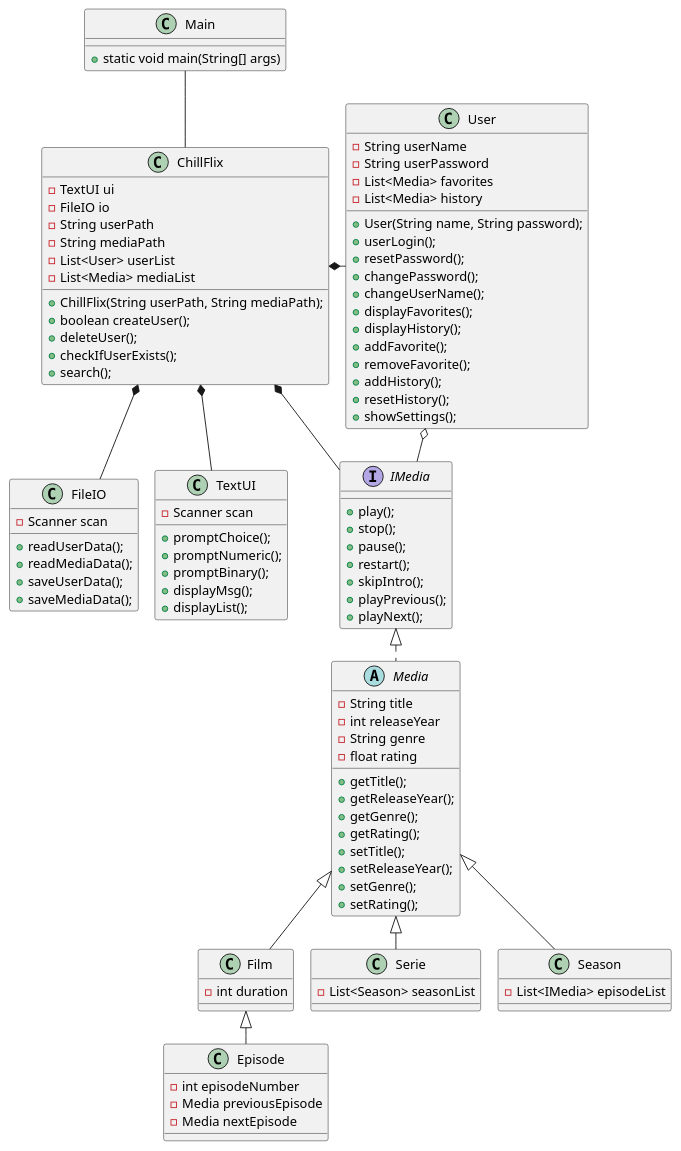
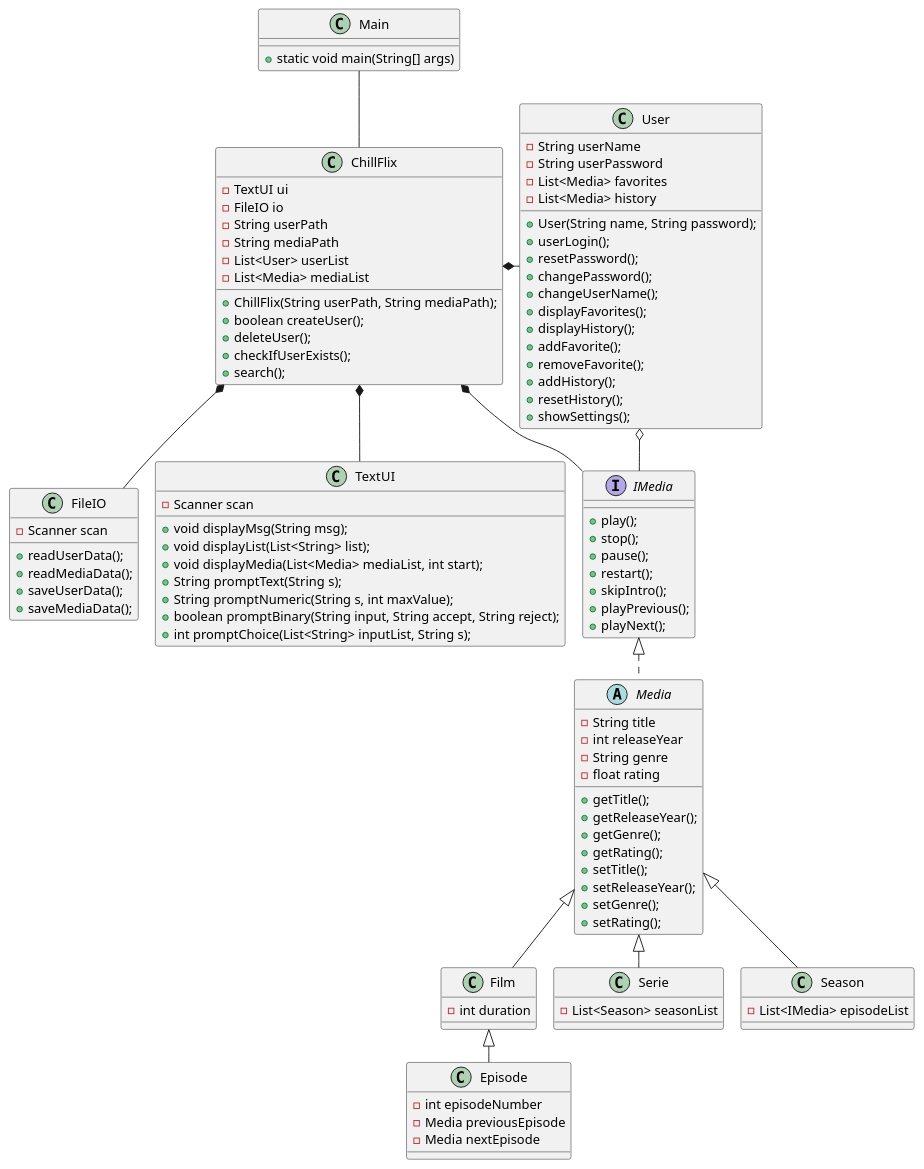
The diagram in docs/classDiagram.puml (Falcho/SP3), drawn with PlantUML before and after one commit.

Commit message:
class diagram update for textUI sprint 1

```diff
--- a/docs/classDiagram.puml
+++ b/docs/classDiagram.puml
@@ -1,114 +1,118 @@
 @startuml
 'https://plantuml.com/class-diagram
 !pragma layout smetana
 
 Class Main{
 +static void main(String[] args)
 }
 
 Class ChillFlix{
 -TextUI ui
 -FileIO io
 -String userPath
 -String mediaPath
 -List<User> userList
 -List<Media> mediaList
 +ChillFlix(String userPath, String mediaPath);
 +boolean createUser();
 +deleteUser();
 +checkIfUserExists();
 +search();
 }
 
 Class FileIO{
 -Scanner scan
 +readUserData();
 +readMediaData();
 +saveUserData();
 +saveMediaData();
 }
 
 Class TextUI{
 -Scanner scan
-+promptChoice();
-+promptNumeric();
-+promptBinary();
-+displayMsg();
-+displayList();
++void displayMsg(String msg);
++void displayList(List<String> list);
++void displayMedia(List<Media> mediaList, int start);
++String promptText(String s);
++String promptNumeric(String s, int maxValue);
++boolean promptBinary(String input, String accept, String reject);
++int promptChoice(List<String> inputList, String s);
+
+
 
 }
 
 
 Class User{
 -String userName
 -String userPassword
 -List<Media> favorites
 -List<Media> history
 +User(String name, String password);
 +userLogin();
 +resetPassword();
 +changePassword();
 +changeUserName();
 +displayFavorites();
 +displayHistory();
 +addFavorite();
 +removeFavorite();
 +addHistory();
 +resetHistory();
 +showSettings();
 }
 
 Interface IMedia{
 +play();
 +stop();
 +pause();
 +restart();
 +skipIntro();
 +playPrevious();
 +playNext();
 }
 abstract Class Media{
 -String title
 -int releaseYear
 -String genre
 -float rating
 +getTitle();
 +getReleaseYear();
 +getGenre();
 +getRating();
 +setTitle();
 +setReleaseYear();
 +setGenre();
 +setRating();
 }
 
 Class Film {
 -int duration
 }
 
 Class Serie{
 -List<Season> seasonList
 }
 Class Season{
 -List<IMedia> episodeList
 }
 
 Class Episode{
 -int episodeNumber
 -Media previousEpisode
 -Media nextEpisode
 }
 
 Film <|-- Episode
 Media <|-- Film
 Media <|-- Serie
 Media <|-- Season
 IMedia <|.. Media
 ChillFlix *- User
 ChillFlix *-- IMedia
 ChillFlix *-- FileIO
 ChillFlix *-- TextUI
 Main -- ChillFlix
 User o- IMedia
 
 @enduml
```
